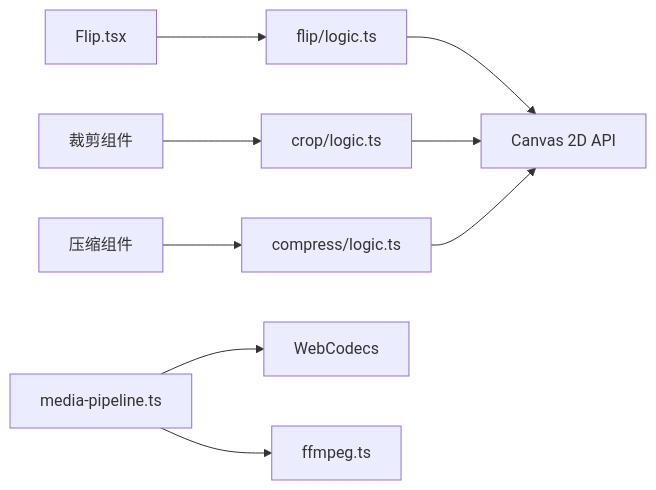
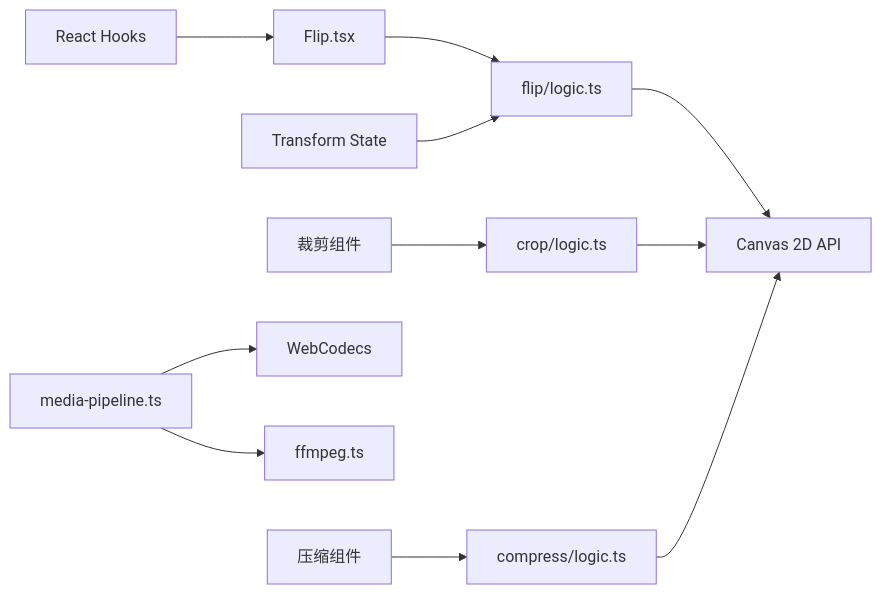
The sixth of 6 diagrams in .qoder/repowiki/zh/content/图像工具/图像变换.md (sgyy/privadeck), drawn with Mermaid before and after one commit. The commit also changed other lines of this file and 27 other files, not shown here.

````diff
--- a/.qoder/repowiki/zh/content/图像工具/图像变换.md
+++ b/.qoder/repowiki/zh/content/图像工具/图像变换.md
@@ -248,11 +283,13 @@
 ```mermaid
 graph LR
 UI_FLIP["Flip.tsx"] --> LOGIC_FLIP["flip/logic.ts"]
 LOGIC_FLIP --> CANVAS["Canvas 2D API"]
 UI_CROP["裁剪组件"] --> LOGIC_CROP["crop/logic.ts"]
 LOGIC_CROP --> CANVAS
 UI_COMPRESS["压缩组件"] --> LOGIC_COMPRESS["compress/logic.ts"]
 LOGIC_COMPRESS --> CANVAS
 PIPE["media-pipeline.ts"] --> WEB_CODECS["WebCodecs"]
 PIPE --> FFMPEG["ffmpeg.ts"]
+HOOKS["React Hooks"] --> UI_FLIP
+STATES["Transform State"] --> LOGIC_FLIP
 ```
````
